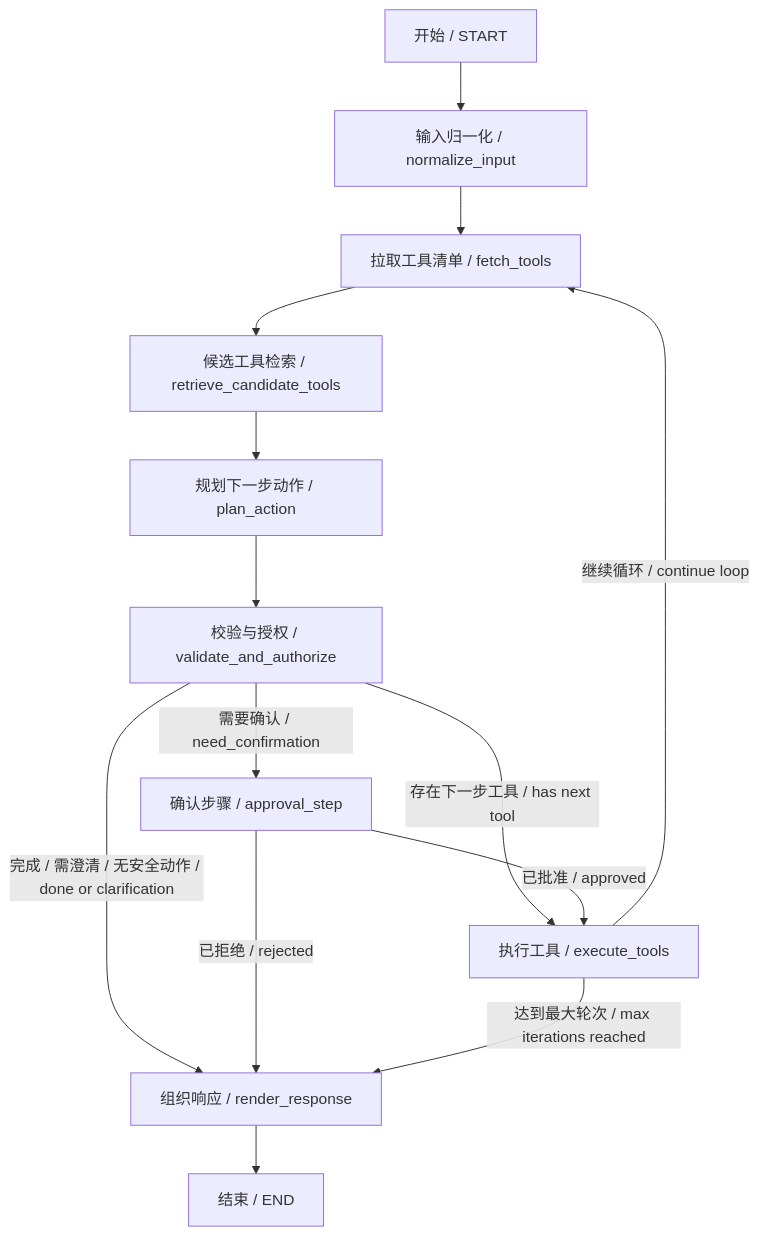
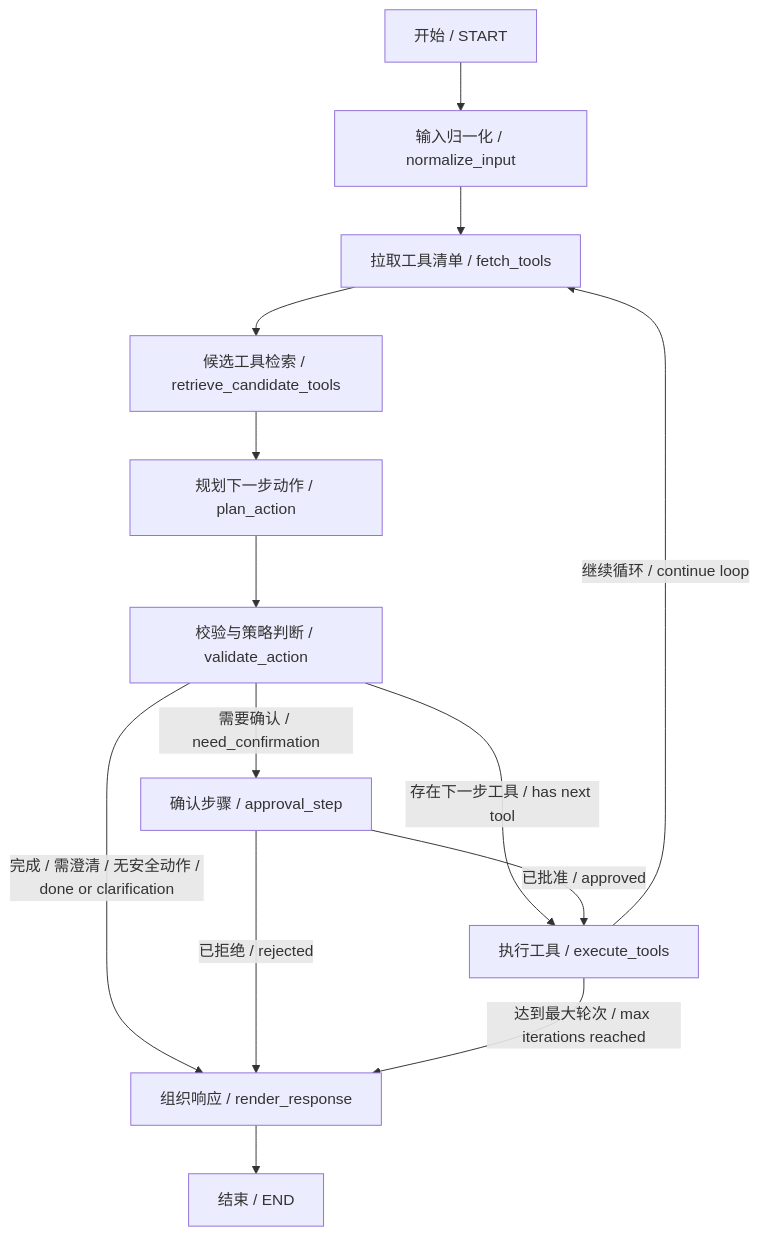
Before and after one commit to ooLemon0-0/LangGraphTest: the diagram in README.md, drawn with Mermaid. The commit also changed other lines of this file and 4 other files, not shown here.

````diff
--- a/README.md
+++ b/README.md
@@ -72,20 +72,20 @@
 ```mermaid
 graph TD
     A["开始 / START"] --> B["输入归一化 / normalize_input"]
     B --> C["拉取工具清单 / fetch_tools"]
     C --> D["候选工具检索 / retrieve_candidate_tools"]
     D --> E["规划下一步动作 / plan_action"]
-    E --> F["校验与授权 / validate_and_authorize"]
+    E --> F["校验与策略判断 / validate_action"]
 
     F -->|"需要确认 / need_confirmation"| G["确认步骤 / approval_step"]
     F -->|"存在下一步工具 / has next tool"| H["执行工具 / execute_tools"]
     F -->|"完成 / 需澄清 / 无安全动作 / done or clarification"| I["组织响应 / render_response"]
 
     G -->|"已批准 / approved"| H
     G -->|"已拒绝 / rejected"| I
 
     H -->|"继续循环 / continue loop"| C
     H -->|"达到最大轮次 / max iterations reached"| I
 
     I --> J["结束 / END"]
 ```
````
